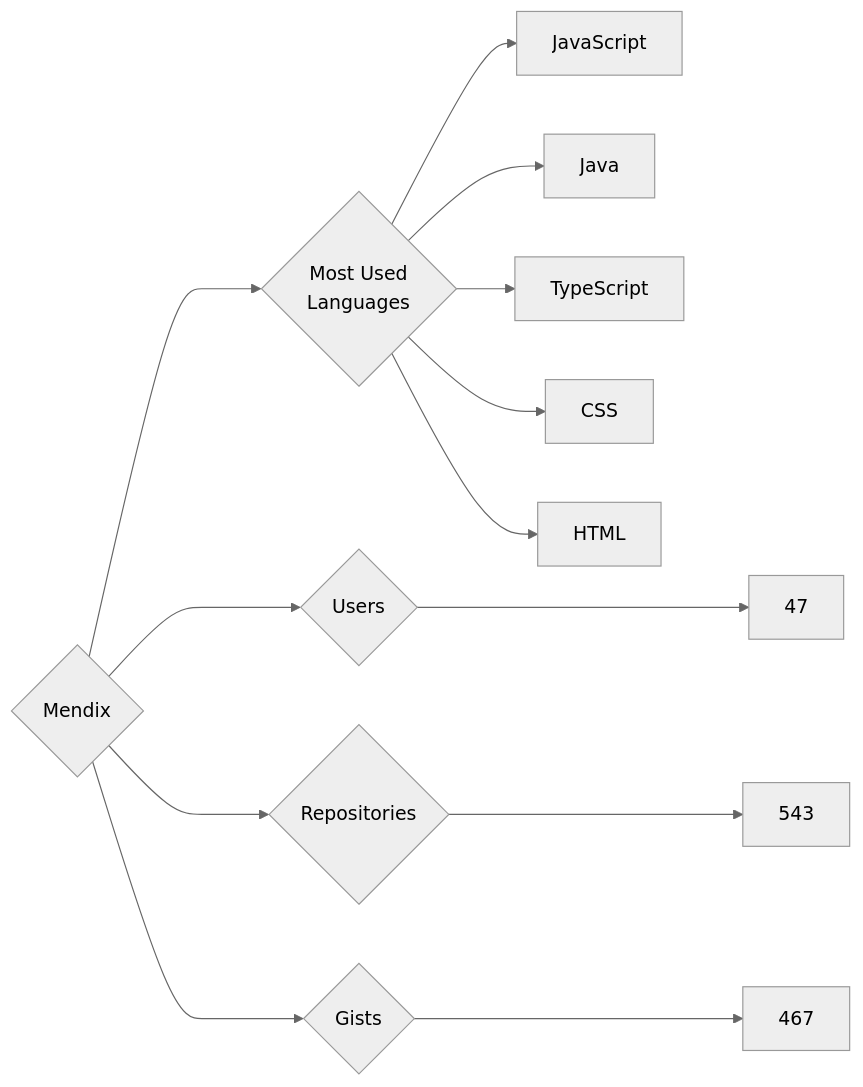
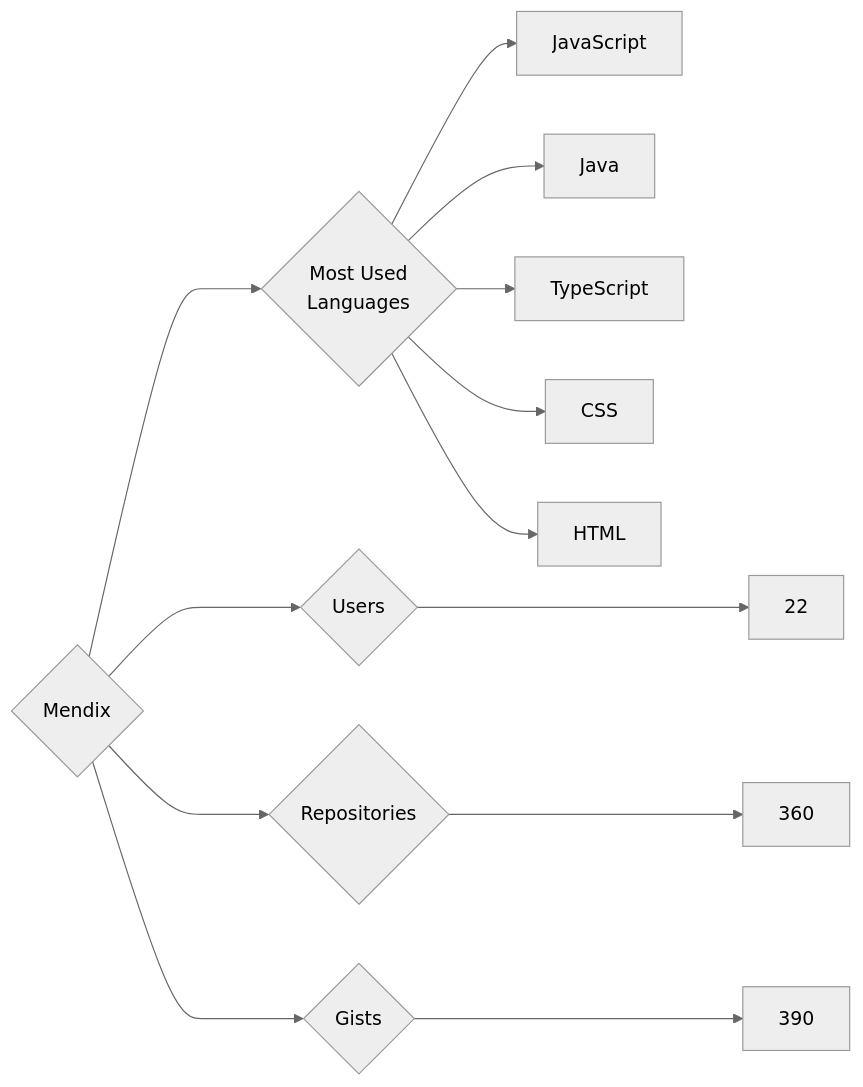
One commit to trickest/insiders changed the diagram in targets/Mendix/README.md. Above: the diagram before and after it, drawn with Mermaid (neutral theme). The commit also changed 976 other files, not shown here.

````diff
--- a/targets/Mendix/README.md
+++ b/targets/Mendix/README.md
@@ -3,13 +3,13 @@
 ```mermaid
 graph LR
 COMPANY_NAME{Mendix}
-COMPANY_NAME ---> U{Users} ---> UN[47]
-COMPANY_NAME ---> R{Repositories} ---> RN[543]
-COMPANY_NAME ---> G{Gists} ---> GN[467]
+COMPANY_NAME ---> U{Users} ---> UN[22]
+COMPANY_NAME ---> R{Repositories} ---> RN[360]
+COMPANY_NAME ---> G{Gists} ---> GN[390]
 COMPANY_NAME ---> ML{Most Used<br>Languages}
 ML --> JavaScript[JavaScript]
 ML --> Java[Java]
 ML --> TypeScript[TypeScript]
 ML --> CSS[CSS]
 ML --> HTML[HTML]
 ```
````
